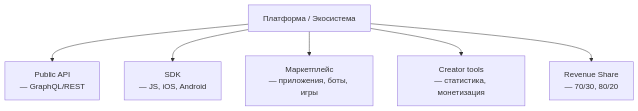
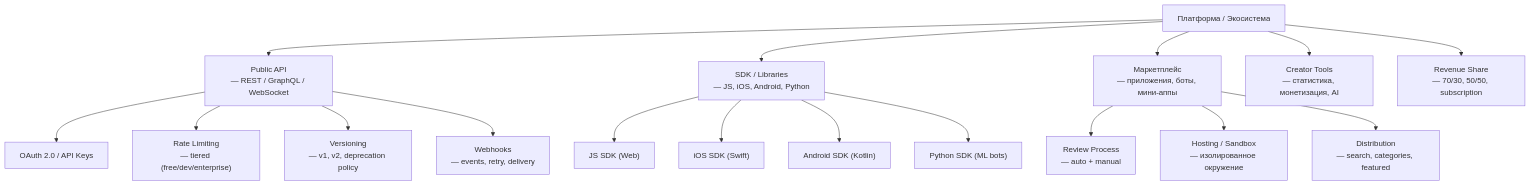
One commit to sergeyodnoval-bot/sysanalyst-kb.github.io changed the first of 2 diagrams in docs/specialization/socnet-eco.md. Above: the diagram before and after it, drawn with Mermaid. The commit also changed other lines of this file and 12 other files, not shown here.

````diff
--- a/docs/specialization/socnet-eco.md
+++ b/docs/specialization/socnet-eco.md
@@ -22,9 +31,23 @@
 ```mermaid
 flowchart TD
     ECO["Платформа / Экосистема"]
-    ECO --> API["Public API<br/>— GraphQL/REST"]
-    ECO --> SDK["SDK<br/>— JS, iOS, Android"]
-    ECO --> MARKET["Маркетплейс<br/>— приложения, боты, игры"]
-    ECO --> CREATOR["Creator tools<br/>— статистика, монетизация"]
-    ECO --> REV["Revenue Share<br/>— 70/30, 80/20"]
+    ECO --> API["Public API<br/>— REST / GraphQL / WebSocket"]
+    ECO --> SDK["SDK / Libraries<br/>— JS, iOS, Android, Python"]
+    ECO --> MARKET["Маркетплейс<br/>— приложения, боты, мини-аппы"]
+    ECO --> CREATOR["Creator Tools<br/>— статистика, монетизация, AI"]
+    ECO --> REV["Revenue Share<br/>— 70/30, 50/50, subscription"]
+    
+    API --> AUTH["OAuth 2.0 / API Keys"]
+    API --> RATE["Rate Limiting<br/>— tiered (free/dev/enterprise)"]
+    API --> VER["Versioning<br/>— v1, v2, deprecation policy"]
+    API --> WEB["Webhooks<br/>— events, retry, delivery"]
+    
+    SDK --> JS["JS SDK (Web)"]
+    SDK --> IOS["iOS SDK (Swift)"]
+    SDK --> ANDROID["Android SDK (Kotlin)"]
+    SDK --> PY["Python SDK (ML bots)"]
+    
+    MARKET --> REVIEW["Review Process<br/>— auto + manual"]
+    MARKET --> HOST["Hosting / Sandbox<br/>— изолированное окружение"]
+    MARKET --> DIST["Distribution<br/>— search, categories, featured"]
 ```
````
